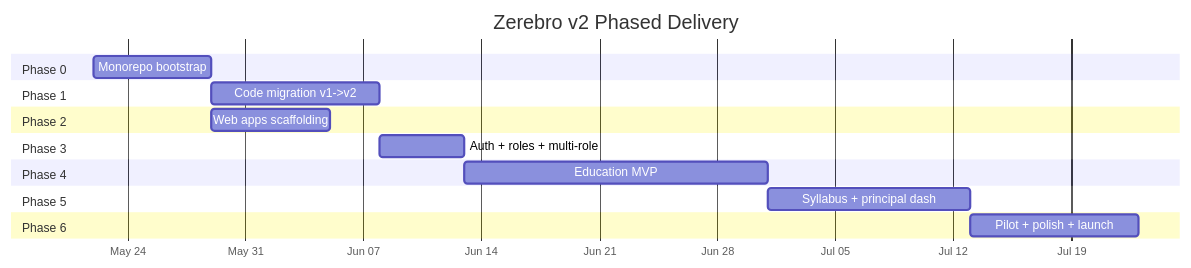
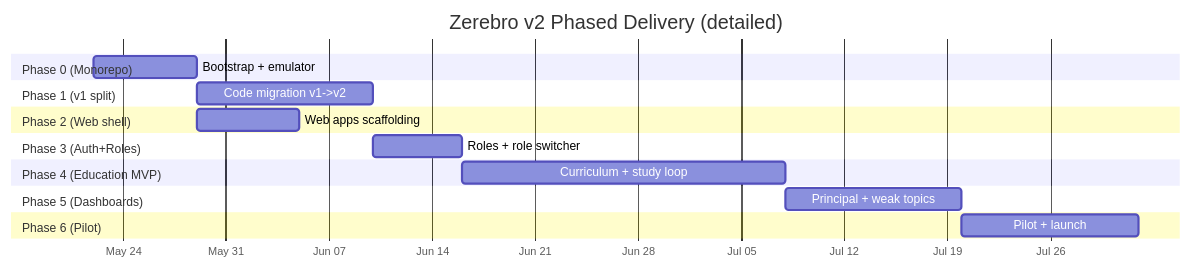
One commit to ZerebroKid/kidsafe-school changed the first of 9 diagrams in docs/V2_BUILD_PHASES.md. Above: the diagram before and after it, drawn with Mermaid. The commit also changed other lines of this file and 2 other files, not shown here.

````diff
--- a/docs/V2_BUILD_PHASES.md
+++ b/docs/V2_BUILD_PHASES.md
@@ -14,27 +35,27 @@
 ```mermaid
 gantt
-  title Zerebro v2 Phased Delivery
+  title Zerebro v2 Phased Delivery (detailed)
   dateFormat YYYY-MM-DD
   axisFormat %b %d
 
-  section Phase 0
-  Monorepo bootstrap            :p0, 2026-05-22, 7d
+  section Phase 0 (Monorepo)
+  Bootstrap + emulator     :p0, 2026-05-22, 7d
 
-  section Phase 1
-  Code migration v1->v2         :p1, after p0, 10d
+  section Phase 1 (v1 split)
+  Code migration v1->v2    :p1, after p0, 12d
 
-  section Phase 2
-  Web apps scaffolding          :p2, after p0, 7d
+  section Phase 2 (Web shell)
+  Web apps scaffolding     :p2, after p0, 7d
 
-  section Phase 3
-  Auth + roles + multi-role     :p3, after p1, 5d
+  section Phase 3 (Auth+Roles)
+  Roles + role switcher    :p3, after p1, 6d
 
-  section Phase 4
-  Education MVP                 :p4, after p3, 18d
+  section Phase 4 (Education MVP)
+  Curriculum + study loop  :p4, after p3, 22d
 
-  section Phase 5
-  Syllabus + principal dash     :p5, after p4, 12d
+  section Phase 5 (Dashboards)
+  Principal + weak topics  :p5, after p4, 12d
 
-  section Phase 6
-  Pilot + polish + launch       :p6, after p5, 10d
+  section Phase 6 (Pilot)
+  Pilot + launch           :p6, after p5, 12d
 ```
````
